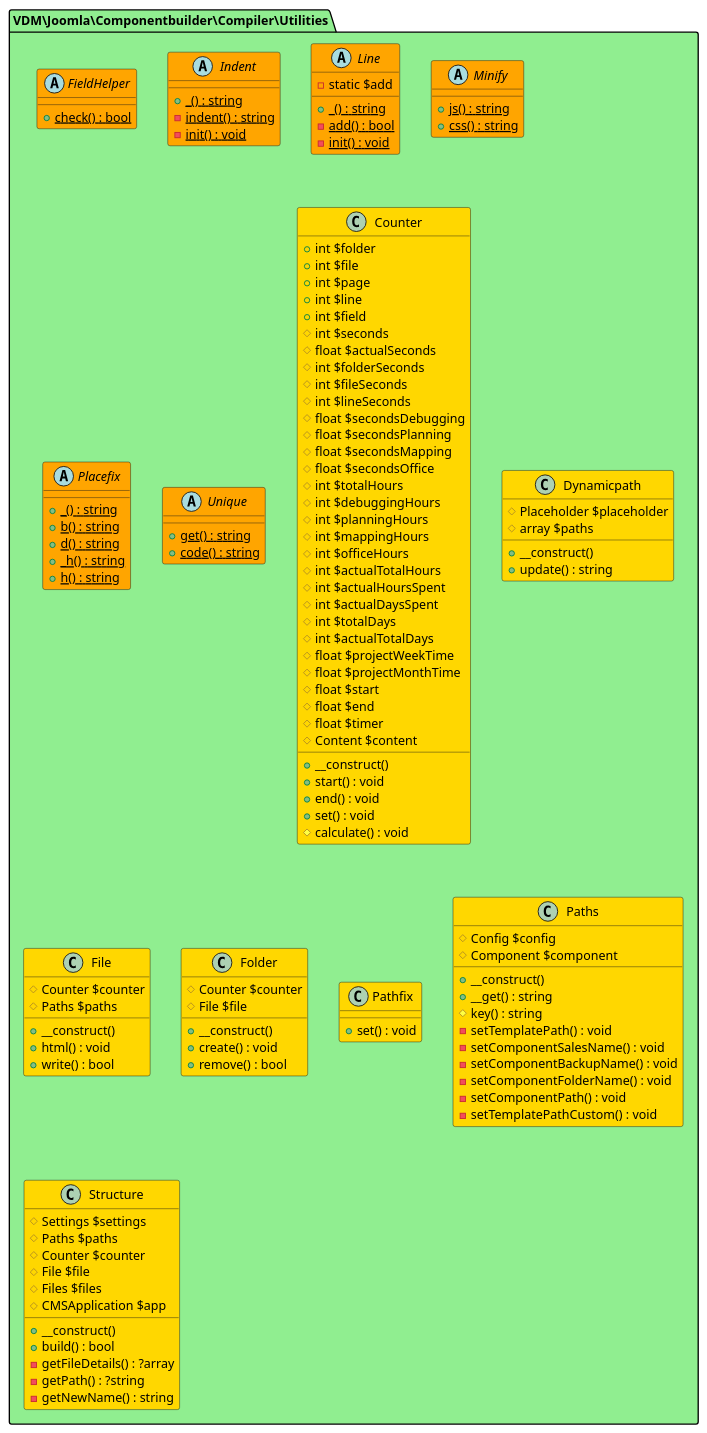
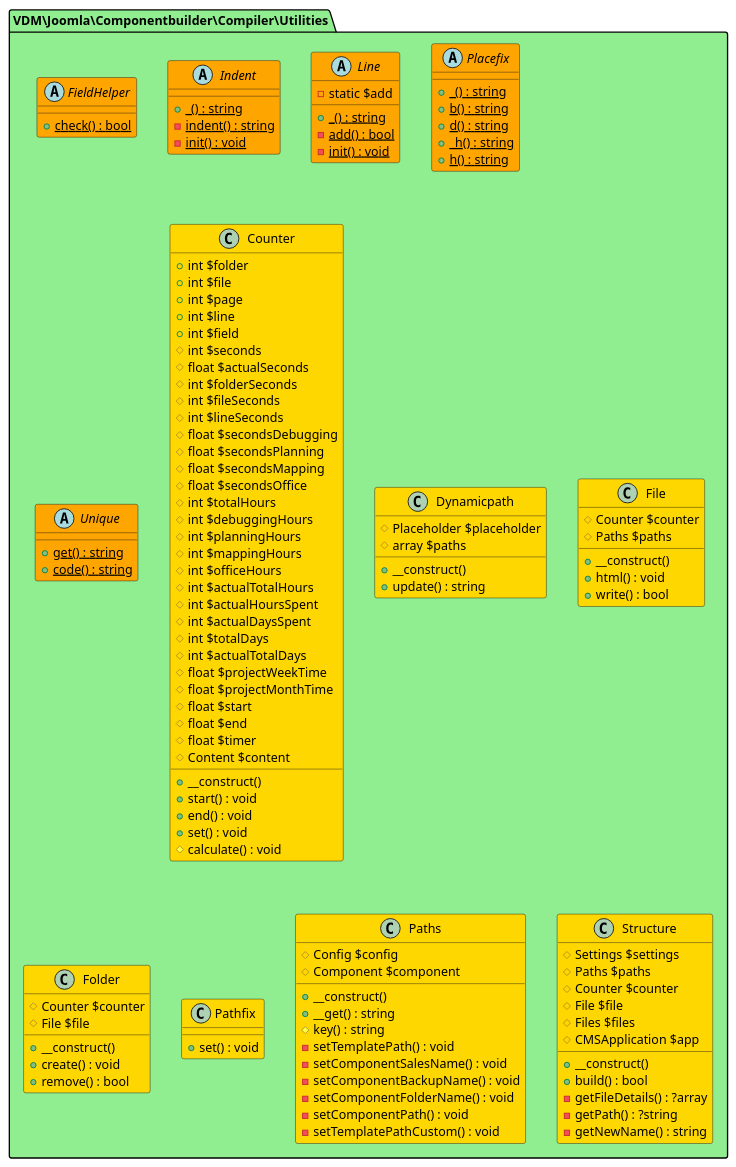
Diagram 23 of 33 in README.md (joomengine/jcb-compiler), drawn with PlantUML before and after one commit. The commit also changed other lines of this file and 176 other files, not shown here.

```diff
--- a/README.md
+++ b/README.md
@@ -1909,11 +1963,6 @@
     + {static} _() : string
     - {static} add() : bool
     - {static} init() : void
-  }
-
-  abstract Minify  #Orange {
-    + {static} js() : string
-    + {static} css() : string
   }
 
   abstract Placefix  #Orange {
```
